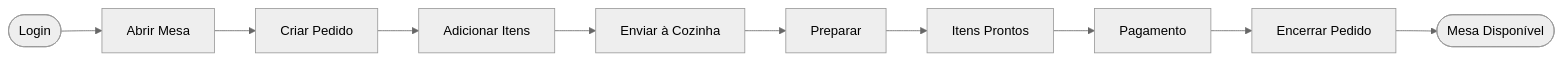
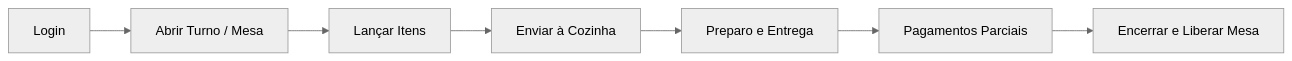
One commit to GT4Bez/MesaFacil changed the diagram in README.md. Above: the diagram before and after it, drawn with Mermaid (neutral theme). The commit also changed other lines of this file, not shown here.

````diff
--- a/README.md
+++ b/README.md
@@ -97,12 +13,9 @@
 ```mermaid
 flowchart LR
-    A([Login]) --> B[Abrir Mesa]
-    B --> C[Criar Pedido]
-    C --> D[Adicionar Itens]
-    D --> E[Enviar à Cozinha]
-    E --> F[Preparar]
-    F --> G[Itens Prontos]
-    G --> H[Pagamento]
-    H --> I[Encerrar Pedido]
-    I --> J([Mesa Disponível])
+    A[Login] --> B[Abrir Turno / Mesa]
+    B --> C[Lançar Itens]
+    C --> D[Enviar à Cozinha]
+    D --> E[Preparo e Entrega]
+    E --> F[Pagamentos Parciais]
+    F --> G[Encerrar e Liberar Mesa]
 ```
````
